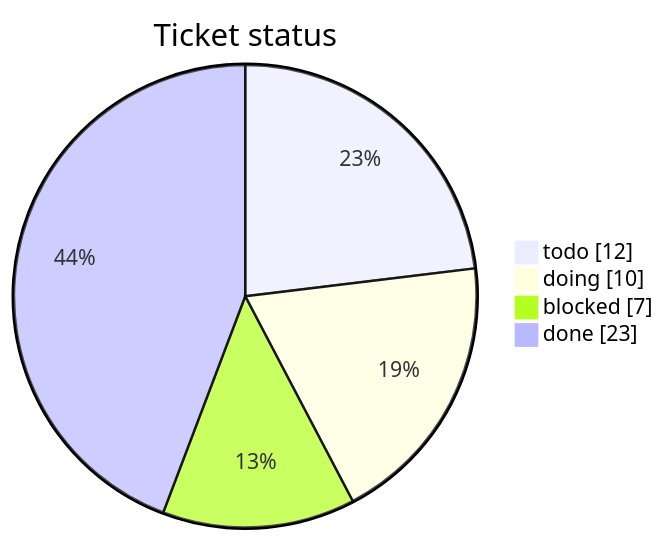
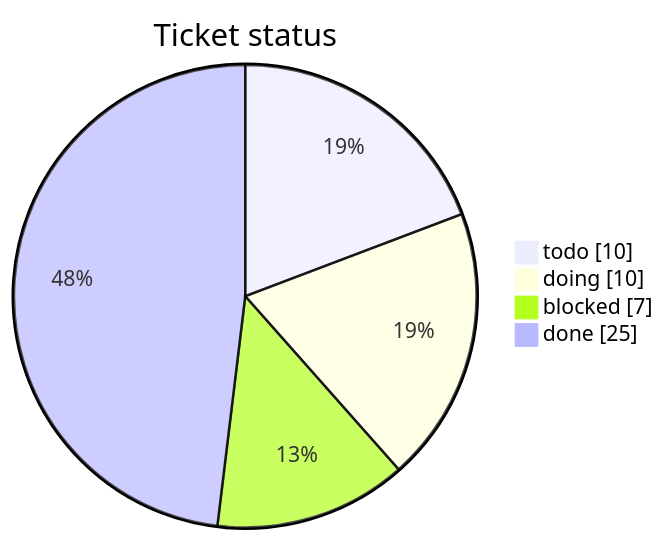
One commit to mohamed-soubhi/bootlab-esp changed the first of 3 diagrams in tickets/TICKETS.md. Above: the diagram before and after it, drawn with Mermaid. The commit also changed other lines of this file and 10 other files, not shown here.

````diff
--- a/tickets/TICKETS.md
+++ b/tickets/TICKETS.md
@@ -14,7 +14,7 @@
 ```mermaid
 pie showData title Ticket status
-    "todo" : 12
+    "todo" : 10
     "doing" : 10
     "blocked" : 7
-    "done" : 23
+    "done" : 25
 ```
````
